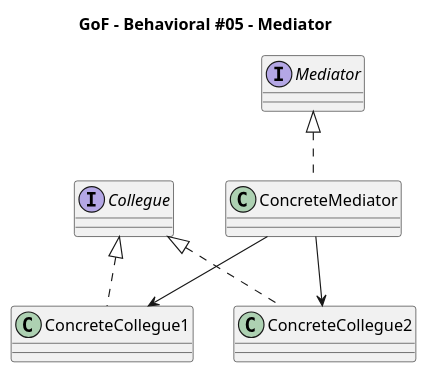
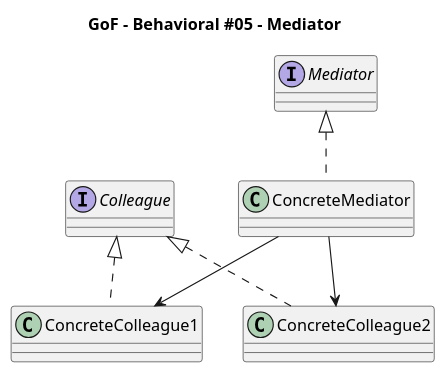
The diagram in GoF/GoF_be05_mediator.puml (Takayoshi-Matsuyama/design_patterns), drawn with PlantUML before and after one commit. The commit also changed 7 other files, not shown here.

```diff
--- a/GoF/GoF_be05_mediator.puml
+++ b/GoF/GoF_be05_mediator.puml
@@ -1,36 +1,36 @@
 @startuml gof_mediator
 
 'Copyright 2026 Takayoshi Matsuyama
 '
 'Licensed under the Apache License, Version 2.0 (the "License");
 'you may not use this file except in compliance with the License.
 'You may obtain a copy of the License at
 '
 '    http://www.apache.org/licenses/LICENSE-2.0
 '
 'Unless required by applicable law or agreed to in writing, software
 'distributed under the License is distributed on an "AS IS" BASIS,
 'WITHOUT WARRANTIES OR CONDITIONS OF ANY KIND, either express or implied.
 'See the License for the specific language governing permissions and
 'limitations under the License.
 
 title GoF - Behavioral #05 - Mediator
 
-interface Collegue
+interface Colleague
 
-class ConcreteCollegue1
-class ConcreteCollegue2
+class ConcreteColleague1
+class ConcreteColleague2
 
-Collegue <|.. ConcreteCollegue1
-Collegue <|.. ConcreteCollegue2
+Colleague <|.. ConcreteColleague1
+Colleague <|.. ConcreteColleague2
 
 interface Mediator
 
 class ConcreteMediator
 
 Mediator <|.. ConcreteMediator
 
-ConcreteMediator --> ConcreteCollegue1
-ConcreteMediator --> ConcreteCollegue2
+ConcreteMediator --> ConcreteColleague1
+ConcreteMediator --> ConcreteColleague2
 
 @enduml
```
